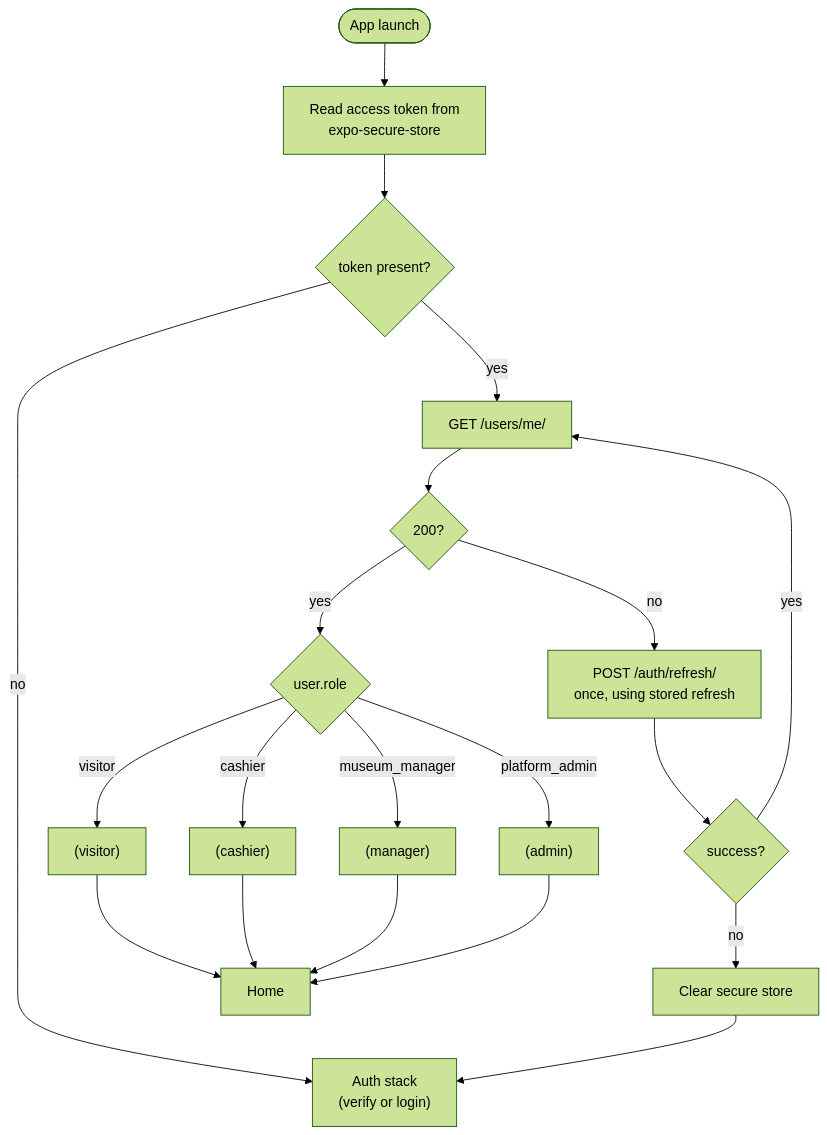
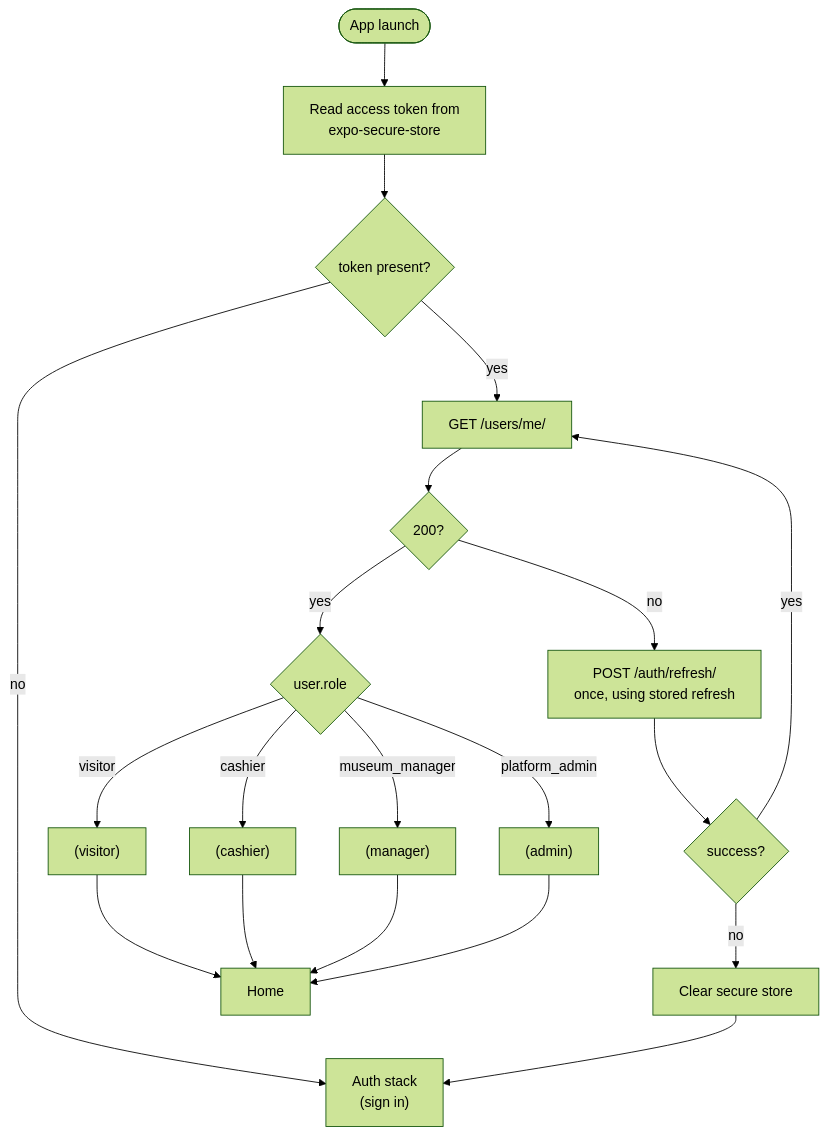
Before and after one commit to TsegayIS122123/museum-ticketing-system: the second of 2 diagrams in docs/09-mobile-app-design.md, drawn with Mermaid (forest theme). The commit also changed other lines of this file and 8 other files, not shown here.

````diff
--- a/docs/09-mobile-app-design.md
+++ b/docs/09-mobile-app-design.md
@@ -188,21 +187,21 @@
 ```mermaid
 flowchart TD
     START([App launch]) --> LOAD["Read access token from<br/>expo-secure-store"]
     LOAD --> HAS{"token present?"}
-    HAS -- no --> AUTH["Auth stack<br/>(verify or login)"]
+    HAS -- no --> AUTH["Auth stack<br/>(sign in)"]
     HAS -- yes --> ME["GET /users/me/"]
     ME --> OK{"200?"}
     OK -- no --> RT["POST /auth/refresh/<br/>once, using stored refresh"]
     RT --> OK2{"success?"}
     OK2 -- no --> CLEAR["Clear secure store"] --> AUTH
     OK2 -- yes --> ME
     OK -- yes --> ROLE{"user.role"}
     ROLE -->|visitor| V["(visitor)"]
     ROLE -->|cashier| C["(cashier)"]
     ROLE -->|museum_manager| M["(manager)"]
     ROLE -->|platform_admin| A["(admin)"]
     V --> HOME[Home]
     C --> HOME
     M --> HOME
     A --> HOME
 ```
````
